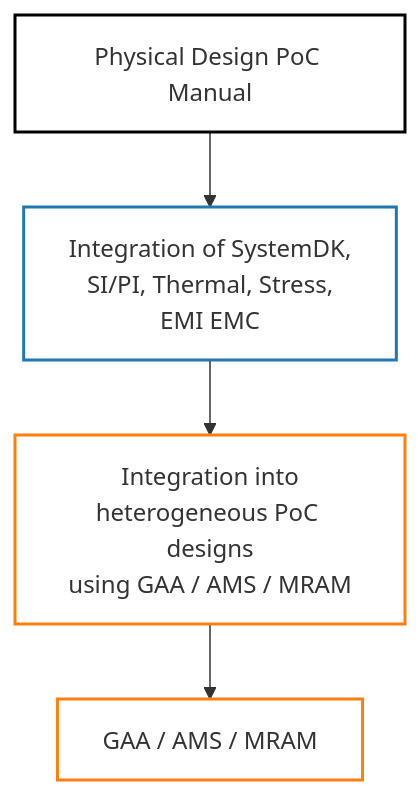
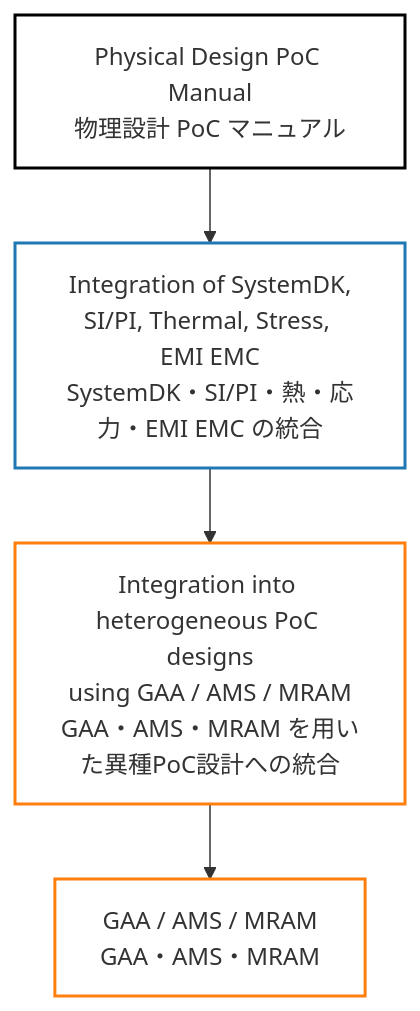
Before and after one commit to Samizo-AITL/Edusemi-v4x: the first of 2 diagrams in f_chapter2a_systemdk/PoC/README.md, drawn with Mermaid.

````diff
--- a/f_chapter2a_systemdk/PoC/README.md
+++ b/f_chapter2a_systemdk/PoC/README.md
@@ -27,15 +27,15 @@
 ```mermaid
 flowchart TD
-    A[Physical Design PoC Manual]
-    B[Integration of SystemDK,<br>SI/PI, Thermal, Stress,<br>EMI EMC]
-    C[Integration into<br>heterogeneous PoC designs<br>using GAA / AMS / MRAM]
-    D[GAA / AMS / MRAM]
+    A["Physical Design PoC Manual<br>物理設計 PoC マニュアル"]
+    B["Integration of SystemDK,<br>SI/PI, Thermal, Stress, EMI EMC<br>SystemDK・SI/PI・熱・応力・EMI EMC の統合"]
+    C["Integration into heterogeneous PoC designs<br>using GAA / AMS / MRAM<br>GAA・AMS・MRAM を用いた異種PoC設計への統合"]
+    D["GAA / AMS / MRAM<br>GAA・AMS・MRAM"]
 
     A --> B --> C --> D
 
     %% 色付け
     style A fill:#ffffff,stroke:#000000,stroke-width:2px
     style B fill:#ffffff,stroke:#1f77b4,stroke-width:2px
     style C fill:#ffffff,stroke:#ff7f0e,stroke-width:2px
     style D fill:#ffffff,stroke:#ff7f0e,stroke-width:2px
 ```
````
